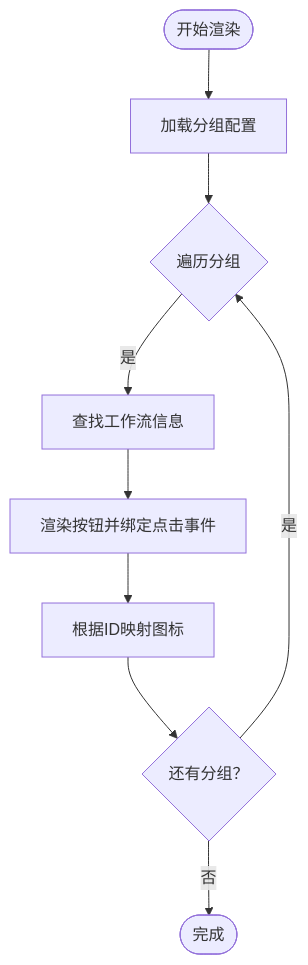
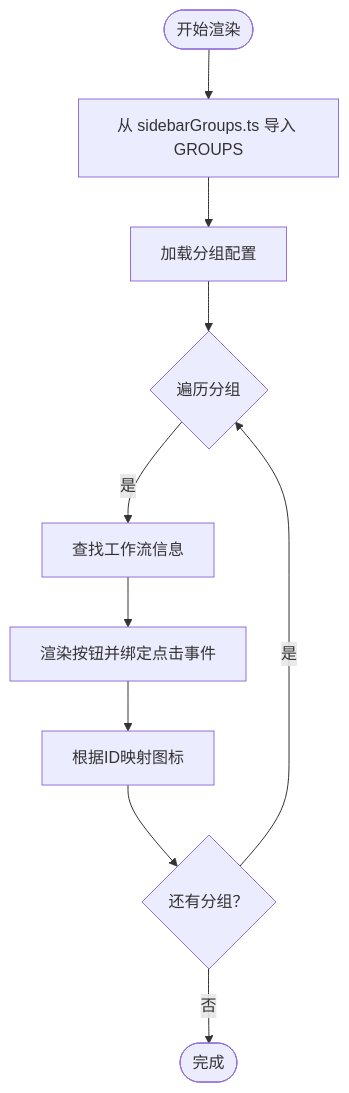
Before and after one commit to billye220670/CorineKit_Pix2Real: the third of 8 diagrams in .qoder/repowiki/zh/content/用户界面组件/控制面板组件/侧边导航栏.md, drawn with Mermaid. The commit also changed other lines of this file and 21 other files, not shown here.

````diff
--- a/.qoder/repowiki/zh/content/用户界面组件/控制面板组件/侧边导航栏.md
+++ b/.qoder/repowiki/zh/content/用户界面组件/控制面板组件/侧边导航栏.md
@@ -148,11 +172,12 @@
 ```mermaid
 flowchart TD
-Start(["开始渲染"]) --> LoadGroups["加载分组配置"]
+Start(["开始渲染"]) --> ImportGroups["从 sidebarGroups.ts 导入 GROUPS"]
+ImportGroups --> LoadGroups["加载分组配置"]
 LoadGroups --> IterateGroups{"遍历分组"}
 IterateGroups --> |是| LoadWF["查找工作流信息"]
 LoadWF --> RenderBtn["渲染按钮并绑定点击事件"]
 RenderBtn --> MapIcon["根据ID映射图标"]
 MapIcon --> NextGroup{"还有分组？"}
 NextGroup --> |是| IterateGroups
 NextGroup --> |否| End(["完成"])
 ```
````
